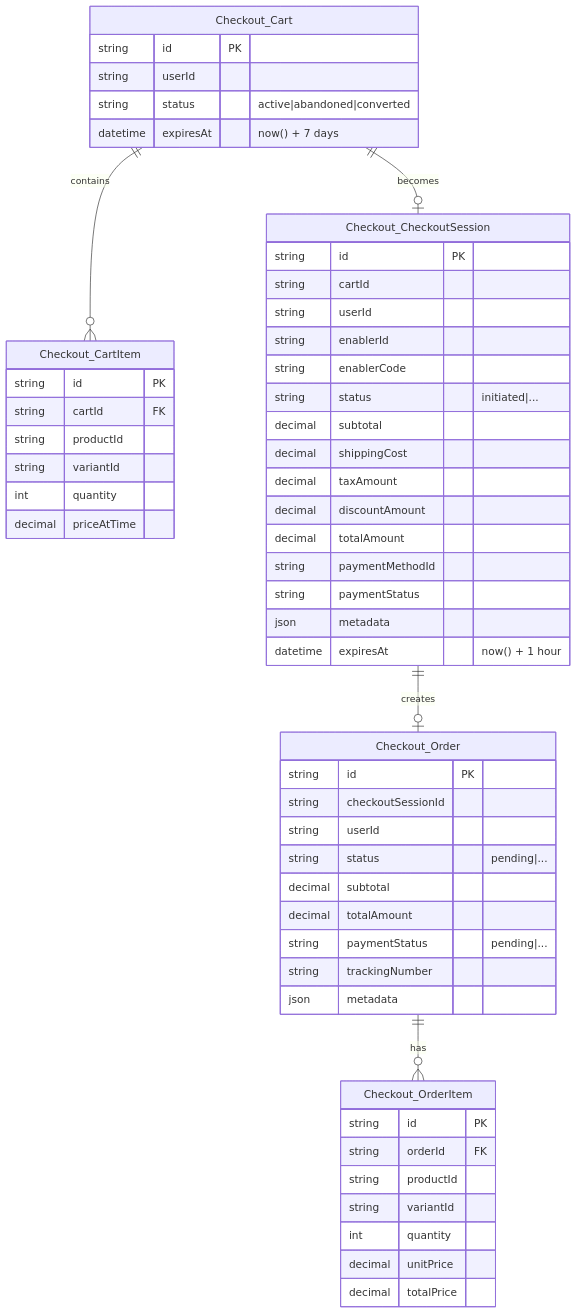
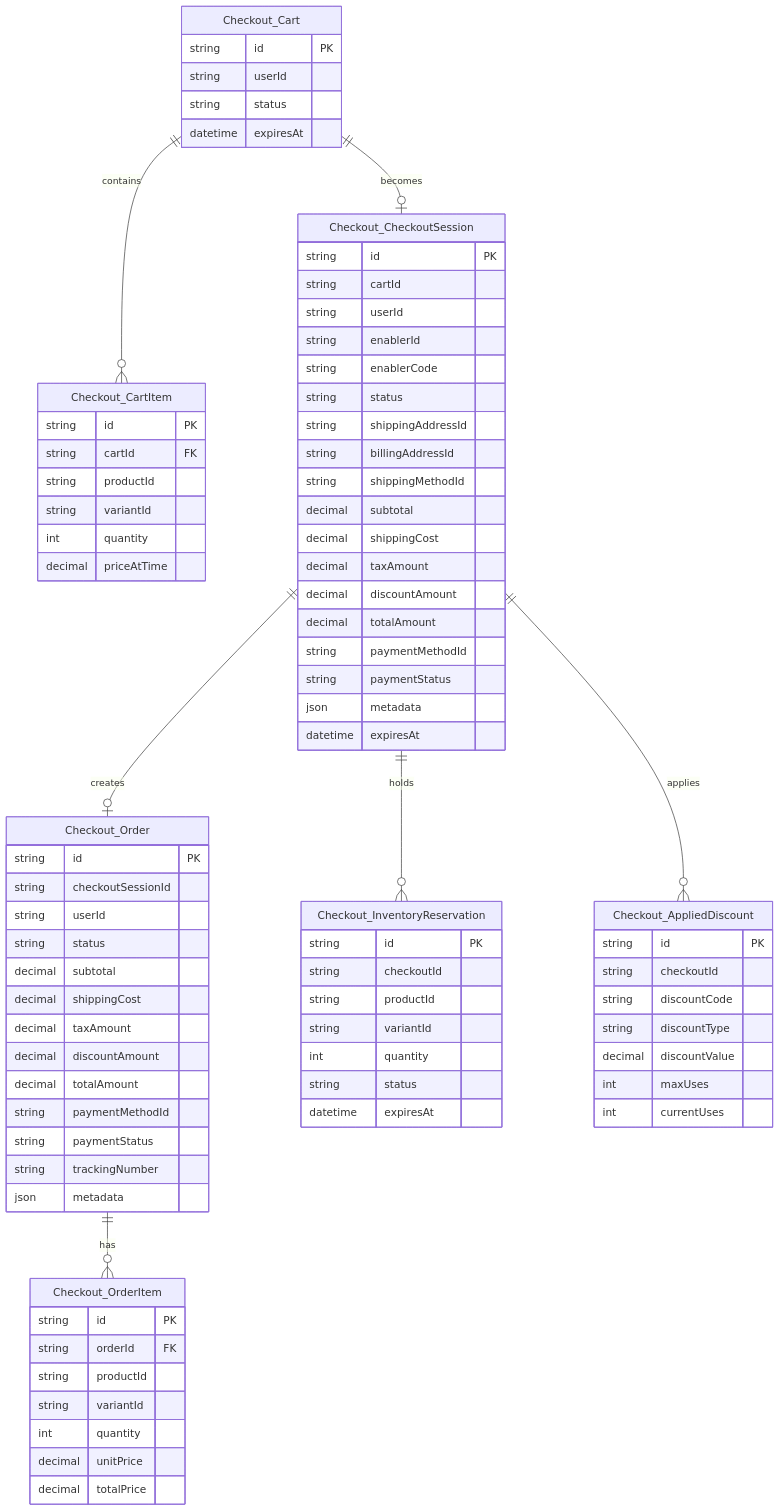
One commit to maysar-014/maysar-express-backend changed the fifth of 22 diagrams in docs/architecture/database-relationship-diagrams.md. Above: the diagram before and after it, drawn with Mermaid. The commit also changed other lines of this file and 13 other files, not shown here.

First line of the commit message:
docs: complete database relationship diagrams from full schema

````diff
--- a/docs/architecture/database-relationship-diagrams.md
+++ b/docs/architecture/database-relationship-diagrams.md
@@ -229,8 +495,8 @@
     Checkout_Cart {
         string id PK
         string userId
-        string status "active|abandoned|converted"
-        datetime expiresAt "now() + 7 days"
+        string status
+        datetime expiresAt
     }
 
     Checkout_CartItem {
@@ -248,7 +514,10 @@
         string userId
         string enablerId
         string enablerCode
-        string status "initiated|..."
+        string status
+        string shippingAddressId
+        string billingAddressId
+        string shippingMethodId
         decimal subtotal
         decimal shippingCost
         decimal taxAmount
@@ -257,17 +526,21 @@
         string paymentMethodId
         string paymentStatus
         json metadata
-        datetime expiresAt "now() + 1 hour"
+        datetime expiresAt
     }
 
     Checkout_Order {
         string id PK
         string checkoutSessionId
         string userId
-        string status "pending|..."
+        string status
         decimal subtotal
+        decimal shippingCost
+        decimal taxAmount
+        decimal discountAmount
         decimal totalAmount
-        string paymentStatus "pending|..."
+        string paymentMethodId
+        string paymentStatus
         string trackingNumber
         json metadata
     }
@@ -282,8 +555,30 @@
         decimal totalPrice
     }
 
+    Checkout_InventoryReservation {
+        string id PK
+        string checkoutId
+        string productId
+        string variantId
+        int quantity
+        string status
+        datetime expiresAt
+    }
+
+    Checkout_AppliedDiscount {
+        string id PK
+        string checkoutId
+        string discountCode
+        string discountType
+        decimal discountValue
+        int maxUses
+        int currentUses
+    }
+
     Checkout_Cart ||--o{ Checkout_CartItem : "contains"
     Checkout_Cart ||--o| Checkout_CheckoutSession : "becomes"
     Checkout_CheckoutSession ||--o| Checkout_Order : "creates"
     Checkout_Order ||--o{ Checkout_OrderItem : "has"
+    Checkout_CheckoutSession ||--o{ Checkout_InventoryReservation : "holds"
+    Checkout_CheckoutSession ||--o{ Checkout_AppliedDiscount : "applies"
 ```
````
